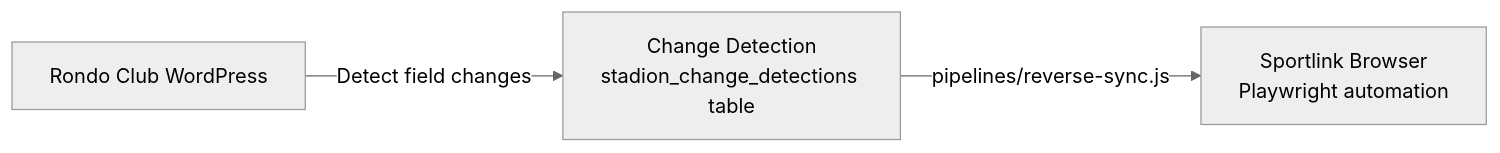
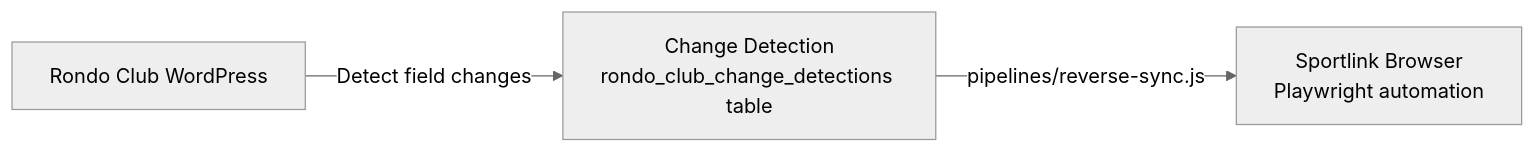
Before and after one commit to jdevalk/sportlink-sync: the eighth of 8 diagrams in docs/sync-architecture.md, drawn with Mermaid (neutral theme). The commit also changed other lines of this file and 12 other files, not shown here.

First line of the commit message:
docs(43-01): rename stadion references to rondo_club in all 13 docs/ files

````diff
--- a/docs/sync-architecture.md
+++ b/docs/sync-architecture.md
@@ -476,9 +476,9 @@
 ```mermaid
 graph LR
     ST[Rondo Club WordPress]
-    DET[Change Detection<br>stadion_change_detections table]
+    DET[Change Detection<br>rondo_club_change_detections table]
     SL[Sportlink Browser<br>Playwright automation]
 
     ST -->|Detect field changes| DET
     DET -->|pipelines/reverse-sync.js| SL
 ```
````
